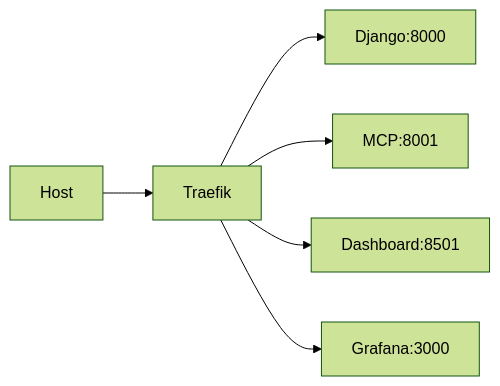
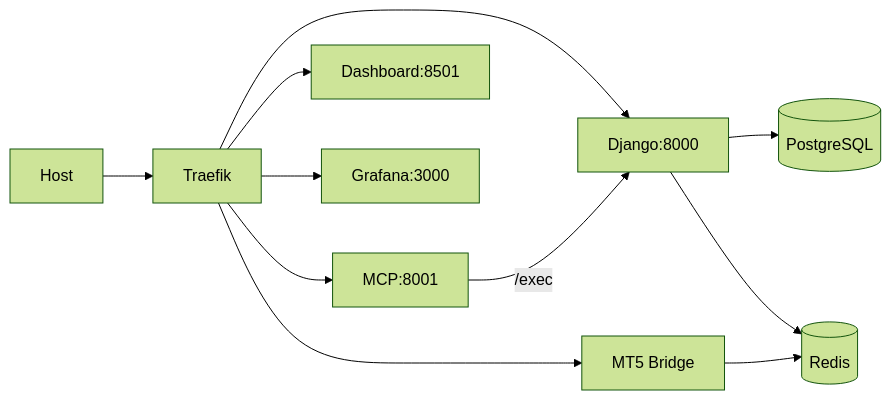
One commit to fotomash/zanalytics-quant changed the diagram in docs/architecture.md. Above: the diagram before and after it, drawn with Mermaid (forest theme). The commit also changed other lines of this file, not shown here.

Commit message:
docs: expand architecture with data stores and MCP flow

````diff
--- a/docs/architecture.md
+++ b/docs/architecture.md
@@ -7,8 +9,13 @@
 ```mermaid
 graph LR
     host[Host] --> traefik[Traefik]
     traefik --> django[Django:8000]
     traefik --> mcp[MCP:8001]
     traefik --> dashboard[Dashboard:8501]
     traefik --> grafana[Grafana:3000]
+    traefik --> mt5[MT5 Bridge]
+    mcp -->|/exec| django
+    django --> postgres[(PostgreSQL)]
+    django --> redis[(Redis)]
+    mt5 --> redis
 ```
````
